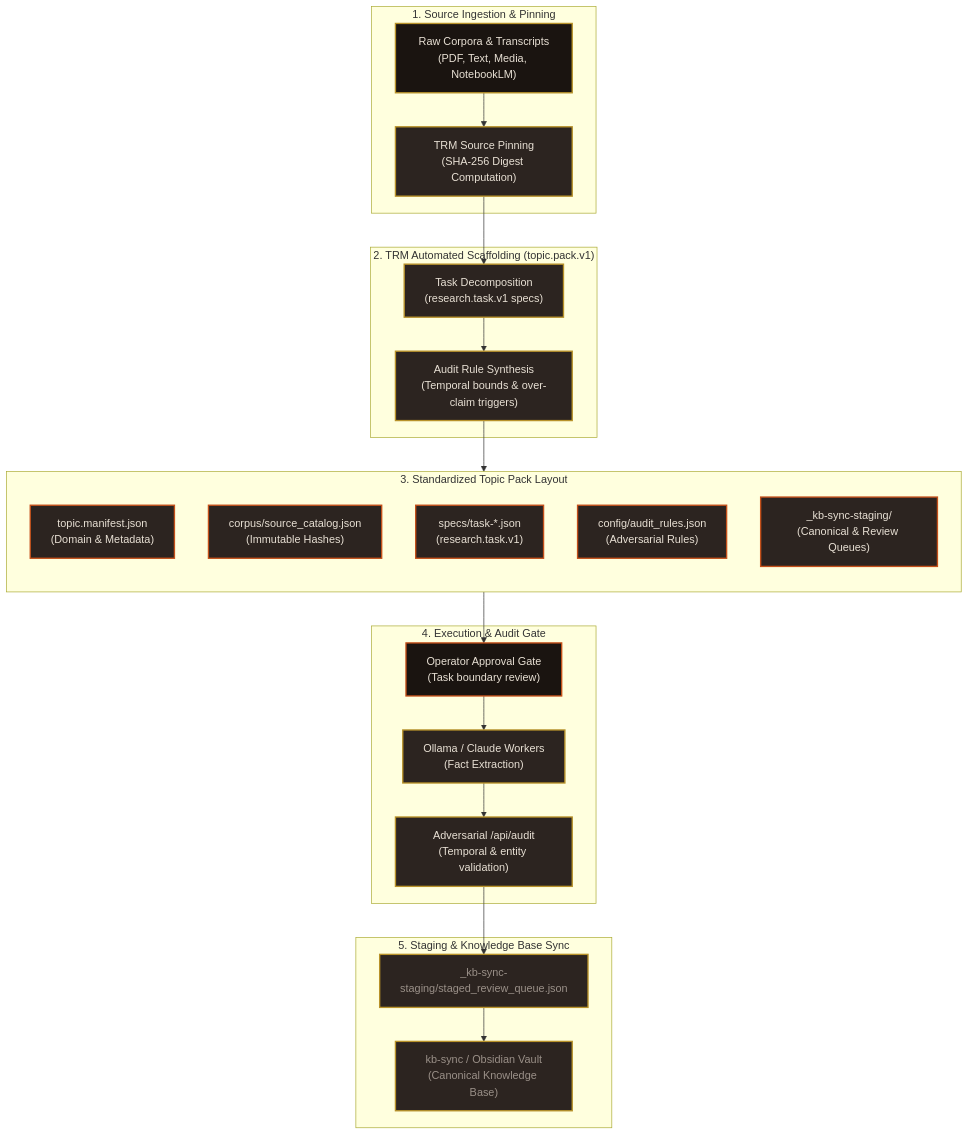
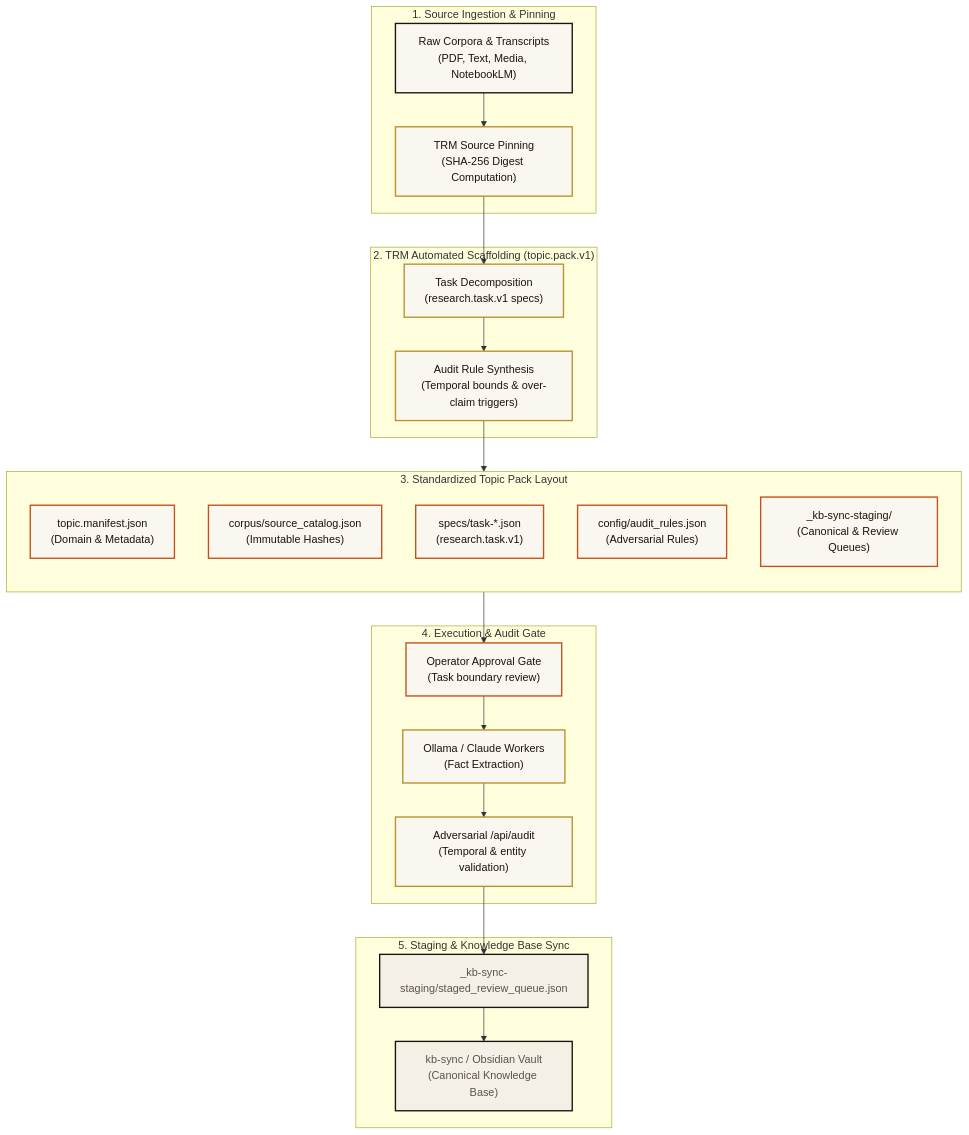
The diagram in wiki/Home.md (sorensencc-dotcom/TRM), drawn with Mermaid before and after one commit. The commit also changed other lines of this file and 23 other files, not shown here.

First line of the commit message:
docs(wiki): CIC readable parchment diagrams (F5F0E6 field)

````diff
--- a/wiki/Home.md
+++ b/wiki/Home.md
@@ -42,51 +57,51 @@
 ```mermaid
 flowchart TD
-    classDef inputStyle fill:#1A1410,stroke:#B8922A,stroke-width:2px,color:#E8E0D4;
-    classDef stageStyle fill:#2C2420,stroke:#B8922A,stroke-width:2px,color:#E8E0D4;
-    classDef packStyle fill:#2C2420,stroke:#C4501A,stroke-width:2px,color:#E8E0D4;
-    classDef gateStyle fill:#1A1410,stroke:#C4501A,stroke-width:2px,color:#E8E0D4;
-    classDef syncStyle fill:#2C2420,stroke:#B8922A,stroke-width:2px,color:#9A9088;
+    classDef inputStyle fill:#FAF6F0,stroke:#1A1410,stroke-width:2px,color:#1A1410;
+    classDef stageStyle fill:#FAF6F0,stroke:#B8922A,stroke-width:2px,color:#1A1410;
+    classDef packStyle fill:#FAF6F0,stroke:#C4501A,stroke-width:2px,color:#1A1410;
+    classDef gateStyle fill:#FAF6F0,stroke:#C4501A,stroke-width:2px,color:#1A1410;
+    classDef syncStyle fill:#F5F0E6,stroke:#1A1410,stroke-width:2px,color:#5C5349;
 
     subgraph Sources["1. Source Ingestion & Pinning"]
         S_RAW["Raw Corpora & Transcripts<br/>(PDF, Text, Media, NotebookLM)"]:::inputStyle
         S_PIN["TRM Source Pinning<br/>(SHA-256 Digest Computation)"]:::stageStyle
         S_RAW --> S_PIN
     end
 
     subgraph Scaffolder["2. TRM Automated Scaffolding (topic.pack.v1)"]
         PACK_DEC["Task Decomposition<br/>(research.task.v1 specs)"]:::stageStyle
         PACK_AUD["Audit Rule Synthesis<br/>(Temporal bounds & over-claim triggers)"]:::stageStyle
         S_PIN --> PACK_DEC
         PACK_DEC --> PACK_AUD
     end
 
     subgraph Layout["3. Standardized Topic Pack Layout"]
         direction TB
         MANIFEST["topic.manifest.json<br/>(Domain & Metadata)"]:::packStyle
         CATALOG["corpus/source_catalog.json<br/>(Immutable Hashes)"]:::packStyle
         TASKS["specs/task-*.json<br/>(research.task.v1)"]:::packStyle
         AUDIT_CFG["config/audit_rules.json<br/>(Adversarial Rules)"]:::packStyle
         STAGING["_kb-sync-staging/<br/>(Canonical & Review Queues)"]:::packStyle
     end
 
     PACK_AUD --> Layout
 
     subgraph Gate["4. Execution & Audit Gate"]
         HUMAN_GATE["Operator Approval Gate<br/>(Task boundary review)"]:::gateStyle
         WORKER["Ollama / Claude Workers<br/>(Fact Extraction)"]:::stageStyle
         AUDIT_API["Adversarial /api/audit<br/>(Temporal & entity validation)"]:::stageStyle
         
         HUMAN_GATE --> WORKER
         WORKER --> AUDIT_API
     end
 
     Layout --> HUMAN_GATE
 
     subgraph KB["5. Staging & Knowledge Base Sync"]
         STAGED_QUEUE["_kb-sync-staging/staged_review_queue.json"]:::syncStyle
         CANONICAL["kb-sync / Obsidian Vault<br/>(Canonical Knowledge Base)"]:::syncStyle
         
         AUDIT_API --> STAGED_QUEUE
         STAGED_QUEUE --> CANONICAL
     end
 ```
````
